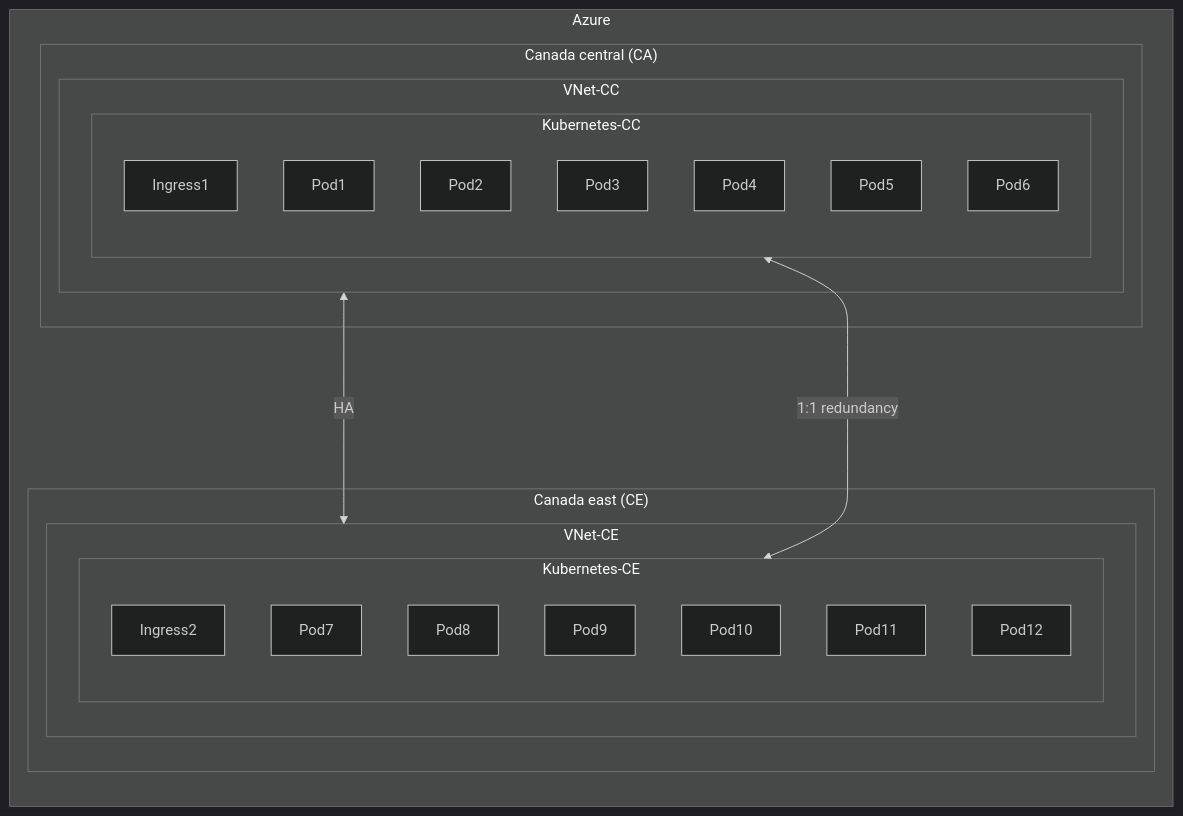
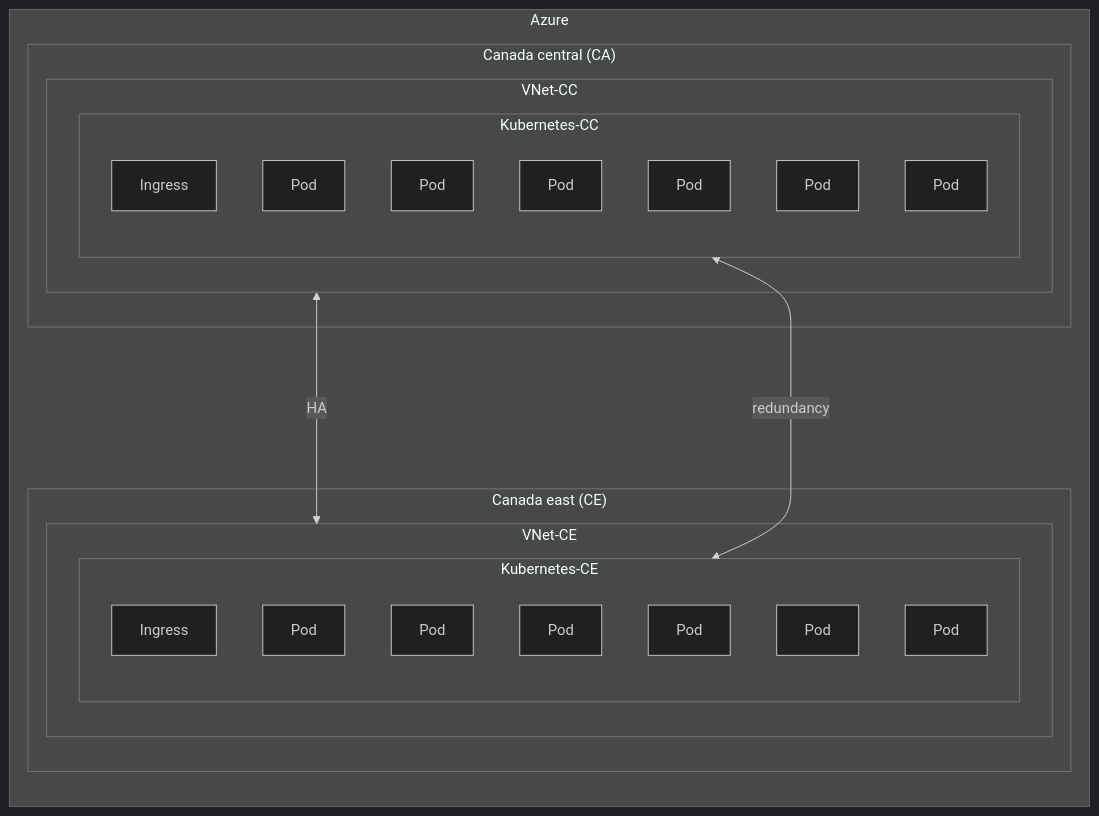
One commit to ai-cfia/howard changed the first of 2 diagrams in docs/global_overview.md. Above: the diagram before and after it, drawn with Mermaid (dark theme).

Commit message:
issue #25: fixed mermaid diagram

````diff
--- a/docs/global_overview.md
+++ b/docs/global_overview.md
@@ -70,53 +70,38 @@
 ```mermaid
 flowchart
     subgraph Azure["Azure"]
         direction TB
         subgraph CC["Canada central (CA)"]
             subgraph VNet1["VNet-CC"]
                 subgraph Kubernetes1["Kubernetes-CC"]
                     direction TB
                     Ingress1["Ingress"]
                     Pod1["Pod"]
                     Pod2["Pod"]
                     Pod3["Pod"]
                     Pod4["Pod"]
                     Pod5["Pod"]
                     Pod6["Pod"]
                 end
             end
         end
 
         subgraph CE["Canada east (CE)"]
             subgraph VNet2["VNet-CE"]
                 subgraph Kubernetes2["Kubernetes-CE"]
                     direction TB
                     Ingress2["Ingress"]
                     Pod7["Pod"]
                     Pod8["Pod"]
                     Pod9["Pod"]
                     Pod10["Pod"]
                     Pod11["Pod"]
                     Pod12["Pod"]
                 end
             end
         end
 
         VNet1["VNet-CC"] <--->|HA| VNet2["VNet-CE"]
-        Kubernetes1["Kubernetes-CC"] <--->|1:1 redundancy| Kubernetes2["Kubernetes-CE"]
-
-        Ingress1["Ingress1"]
-        Ingress2["Ingress2"]
-        Pod1["Pod1"]
-        Pod2["Pod2"]
-        Pod3["Pod3"]
-        Pod4["Pod4"]
-        Pod5["Pod5"]
-        Pod6["Pod6"]
-        Pod7["Pod7"]
-        Pod8["Pod8"]
-        Pod9["Pod9"]
-        Pod10["Pod10"]
-        Pod11["Pod11"]
-        Pod12["Pod12"]
+        Kubernetes1["Kubernetes-CC"] <--->|redundancy| Kubernetes2["Kubernetes-CE"]
     end
 ```
````
